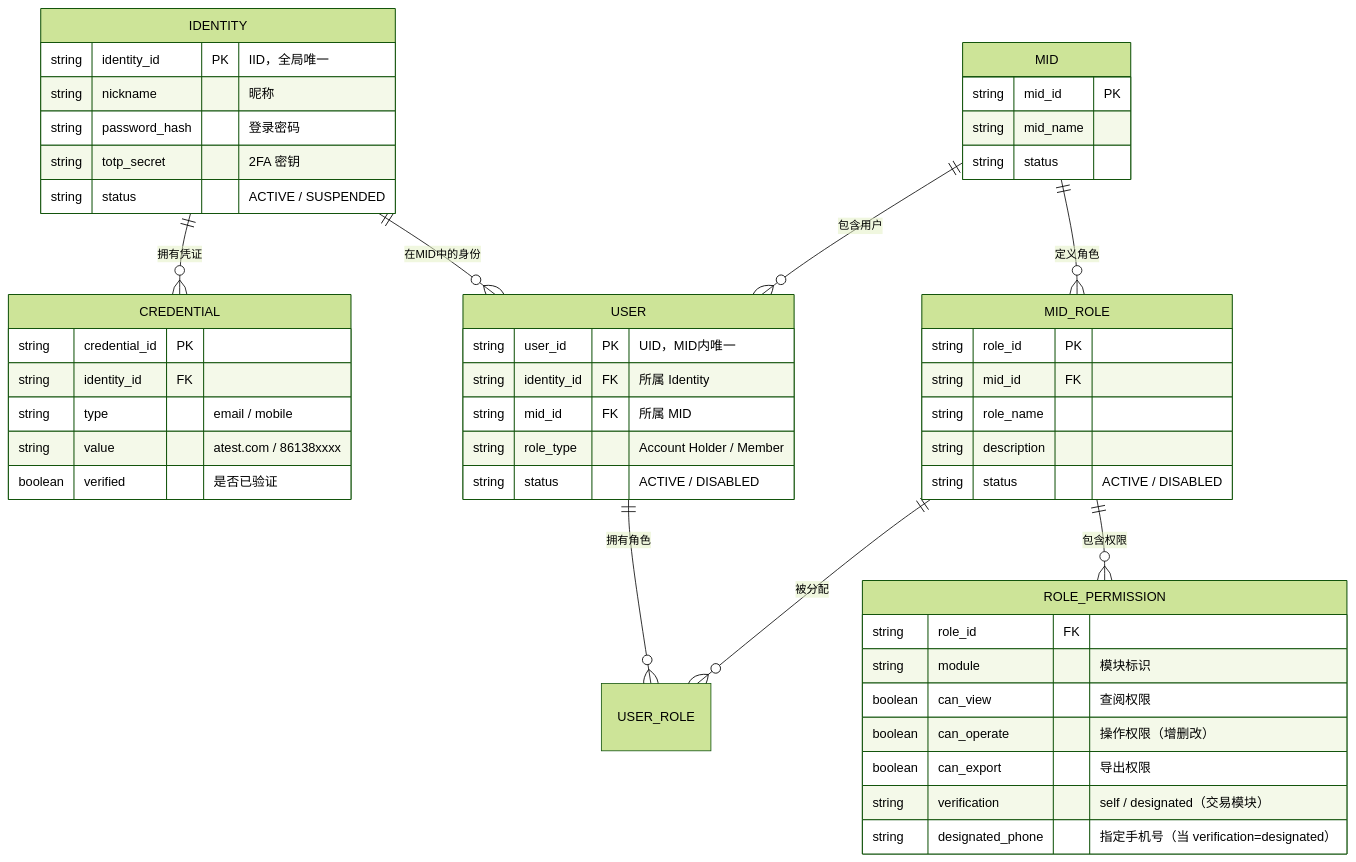
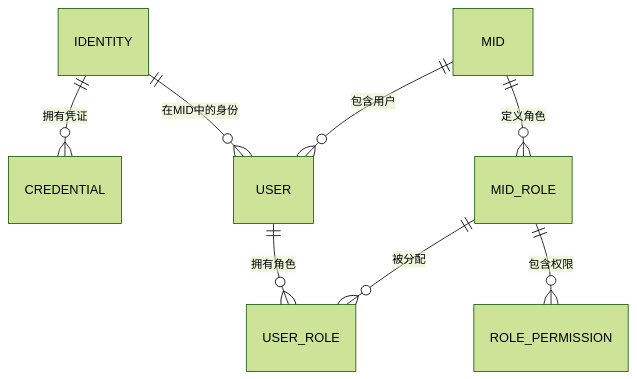
The second of 14 diagrams in USERPERMISSIONS/prd/Users-Roles-Permissions.md (xiaoxiaoangie/EX-NEW), drawn with Mermaid (forest theme) before and after one commit. The commit also changed other lines of this file and 3 other files, not shown here.

````diff
--- a/USERPERMISSIONS/prd/Users-Roles-Permissions.md
+++ b/USERPERMISSIONS/prd/Users-Roles-Permissions.md
@@ -96,53 +96,10 @@
 ```mermaid
 erDiagram
     IDENTITY ||--o{ CREDENTIAL : "拥有凭证"
     IDENTITY ||--o{ USER : "在MID中的身份"
     USER ||--o{ USER_ROLE : "拥有角色"
     MID ||--o{ USER : "包含用户"
     MID ||--o{ MID_ROLE : "定义角色"
     MID_ROLE ||--o{ USER_ROLE : "被分配"
     MID_ROLE ||--o{ ROLE_PERMISSION : "包含权限"
-
-    IDENTITY {
-        string identity_id PK "IID，全局唯一"
-        string nickname "昵称"
-        string password_hash "登录密码"
-        string totp_secret "2FA 密钥"
-        string status "ACTIVE / SUSPENDED"
-    }
-    CREDENTIAL {
-        string credential_id PK
-        string identity_id FK
-        string type "email / mobile"
-        string value "atest.com / 86138xxxx"
-        boolean verified "是否已验证"
-    }
-    USER {
-        string user_id PK "UID，MID内唯一"
-        string identity_id FK "所属 Identity"
-        string mid_id FK "所属 MID"
-        string role_type "Account Holder / Member"
-        string status "ACTIVE / DISABLED"
-    }
-    MID {
-        string mid_id PK
-        string mid_name
-        string status
-    }
-    MID_ROLE {
-        string role_id PK
-        string mid_id FK
-        string role_name
-        string description
-        string status "ACTIVE / DISABLED"
-    }
-    ROLE_PERMISSION {
-        string role_id FK
-        string module "模块标识"
-        boolean can_view "查阅权限"
-        boolean can_operate "操作权限（增删改）"
-        boolean can_export "导出权限"
-        string verification "self / designated（交易模块）"
-        string designated_phone "指定手机号（当 verification=designated）"
-    }
 ```
````
